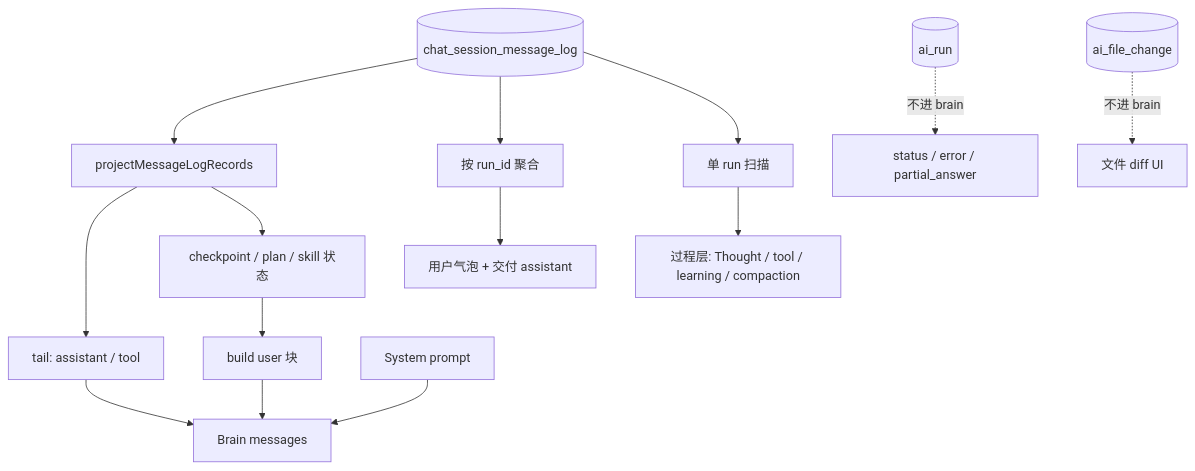
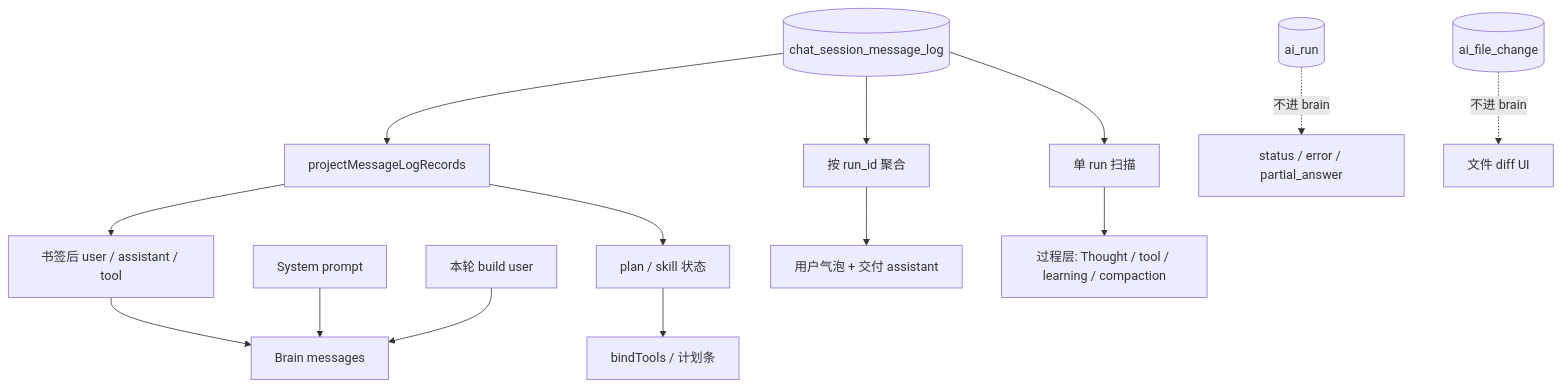
Before and after one commit to Yoan98/Ncurator: the second of 2 diagrams in doc/ai-harness/human-harness.md, drawn with Mermaid. The commit also changed other lines of this file and 5 other files, not shown here.

````diff
--- a/doc/ai-harness/human-harness.md
+++ b/doc/ai-harness/human-harness.md
@@ -323,23 +322,23 @@
 ```mermaid
 flowchart TD
   Log[(chat_session_message_log)]
 
   Log --> PM[projectMessageLogRecords]
 
-  PM --> Tail[tail: assistant / tool]
-  PM --> Meta[checkpoint / plan / skill 状态]
+  PM --> Visible[书签后 user / assistant / tool]
+  PM --> Meta[plan / skill 状态]
 
-  Tail --> BrainMsg[Brain messages]
-  Meta --> BuildUser[build user 块]
-  BuildUser --> BrainMsg
+  Visible --> BrainMsg[Brain messages]
   Sys[System prompt] --> BrainMsg
+  BuildUser[本轮 build user] --> BrainMsg
+  Meta --> Bind[bindTools / 计划条]
 
   Log --> ByRun[按 run_id 聚合]
   ByRun --> Bubbles[用户气泡 + 交付 assistant]
 
   Log --> ProcessScan[单 run 扫描]
   ProcessScan --> Process[过程层: Thought / tool / learning / compaction]
 
   Run[(ai_run)] -.不进 brain.-> Status[status / error / partial_answer]
   FC[(ai_file_change)] -.不进 brain.-> Diff[文件 diff UI]
 ```
````
